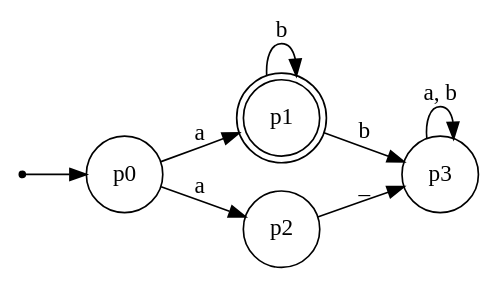
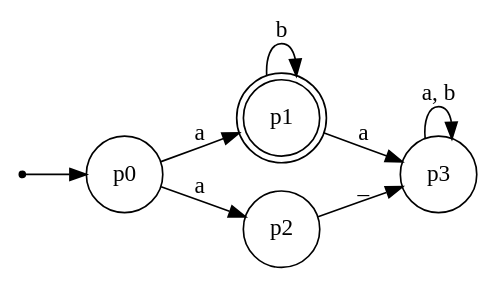
One commit to rogdli/finite-automata-graph-parser changed the diagram in inputB.dot. Above: the diagram before and after it, drawn with Graphviz. The commit also changed 7 other files, not shown here.

```diff
--- a/inputB.dot
+++ b/inputB.dot
@@ -1,15 +1,15 @@
 digraph {
     rankdir=LR;
     inic [shape=point];
     inic -> p0;
     p0 -> p1 [label="a"];
     p0 -> p2 [label="a"];
     p1 -> p1 [label="b"];
-    p1 -> p3 [label="b"];
+    p1 -> p3 [label="a"];
     p2 -> p3 [label="_"];
     p3 -> p3 [label="a, b"];
     p1 [shape=doublecircle];
     p0 [shape=circle];
     p2 [shape=circle];
     p3 [shape=circle];
 }
```
